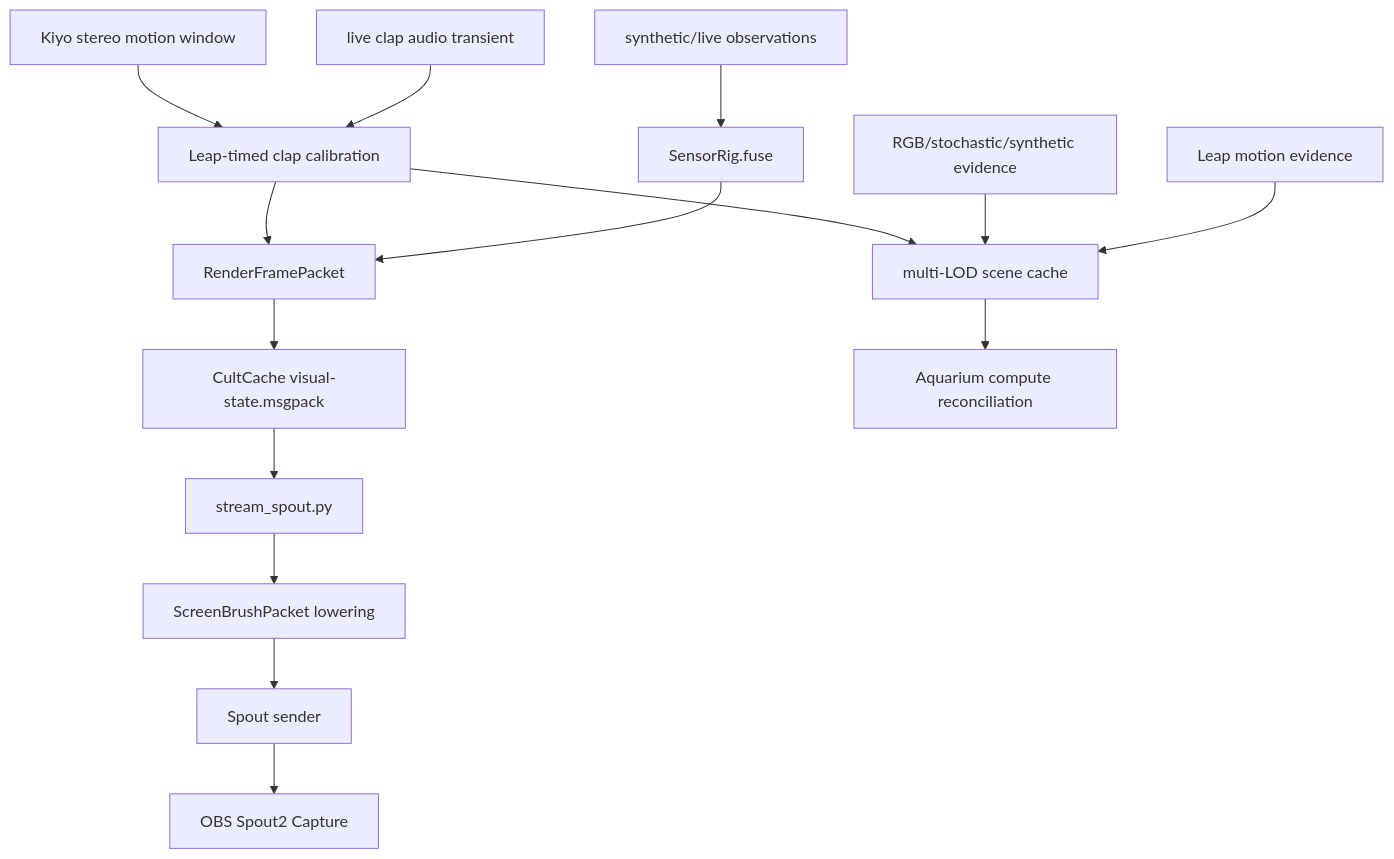
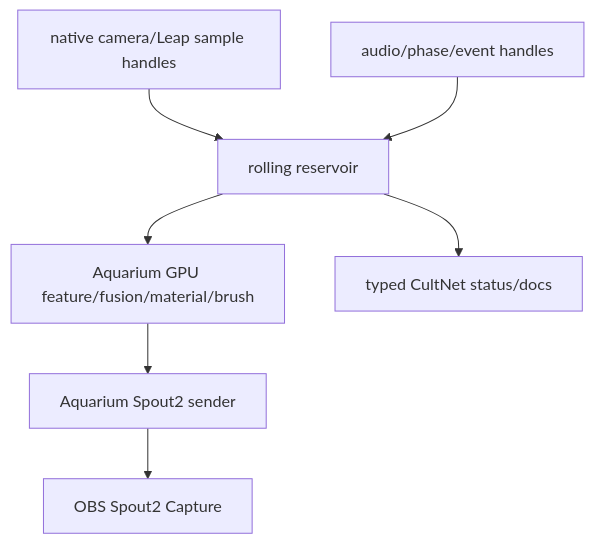
Before and after one commit to GameCult/Mimir: the fourth of 5 diagrams in notes/current-system-map.md, drawn with Mermaid. The commit also changed other lines of this file and 5 other files, not shown here.

Commit message:
Record native reservoir rebuild cut line

````diff
--- a/notes/current-system-map.md
+++ b/notes/current-system-map.md
@@ -116,17 +128,9 @@
 ```mermaid
 flowchart TD
-    A["synthetic/live observations"] --> B["SensorRig.fuse"]
-    B --> C["RenderFramePacket"]
-    C --> D["CultCache visual-state.msgpack"]
-    D --> E["stream_spout.py"]
-    E --> F["ScreenBrushPacket lowering"]
-    F --> G["Spout sender"]
-    G --> H["OBS Spout2 Capture"]
-    I["Leap motion evidence"] --> J["multi-LOD scene cache"]
-    K["RGB/stochastic/synthetic evidence"] --> J
-    M["live clap audio transient"] --> N["Leap-timed clap calibration"]
-    O["Kiyo stereo motion window"] --> N
-    N --> C
-    N --> J
-    J --> L["Aquarium compute reconciliation"]
+    A["native camera/Leap sample handles"] --> R["rolling reservoir"]
+    B["audio/phase/event handles"] --> R
+    R --> C["Aquarium GPU feature/fusion/material/brush"]
+    C --> D["Aquarium Spout2 sender"]
+    R --> E["typed CultNet status/docs"]
+    D --> F["OBS Spout2 Capture"]
 ```
````
